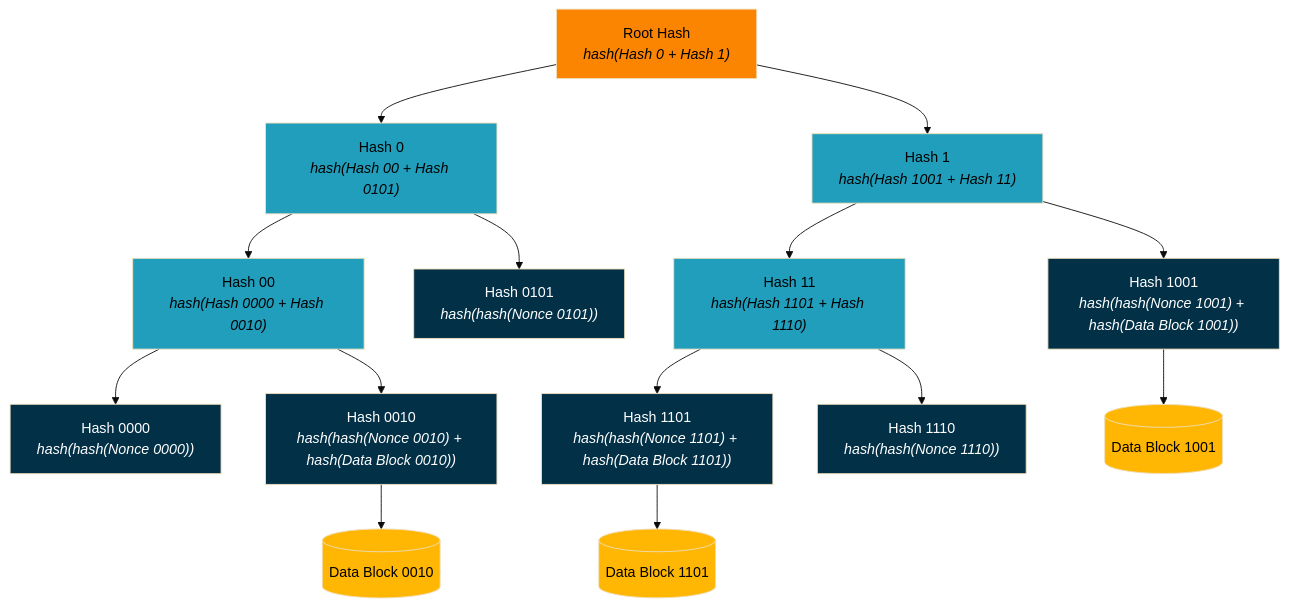
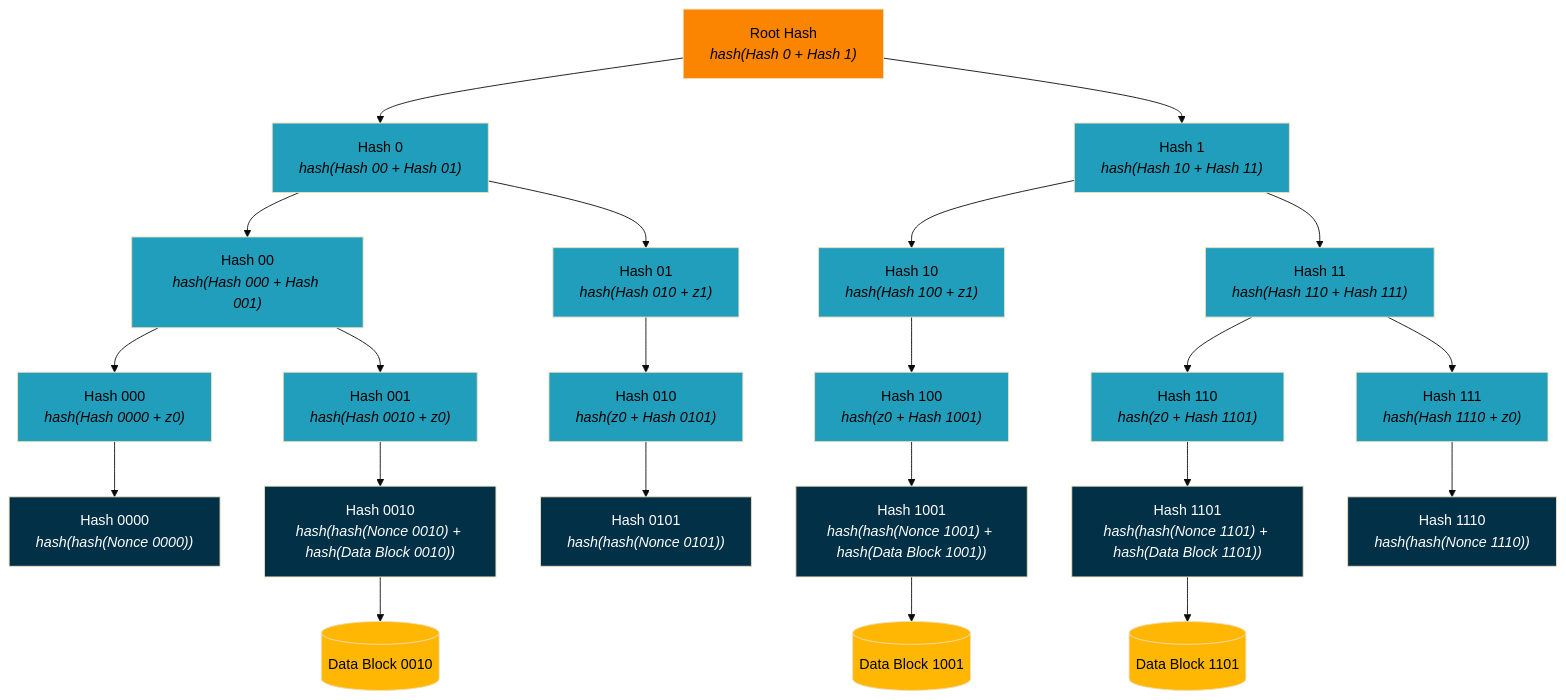
One commit to dcdpr/did-btcr2 changed the second of 2 diagrams in src/appendix/optimized-smt.md. Above: the diagram before and after it, drawn with Mermaid (base theme). The commit also changed other lines of this file and 3 other files, not shown here.

````diff
--- a/src/appendix/optimized-smt.md
+++ b/src/appendix/optimized-smt.md
@@ -134,39 +135,58 @@
 ```mermaid
 flowchart TD
     classDef rootHash color:#000000,fill:#fb8500
     classDef nodeHash color:#000000,fill:#219ebc
     classDef leafHash color:#ffffff,fill:#023047
     classDef dataBlock color:#000000,fill:#ffb703
 
     RootHash["`Root Hash
     *hash(Hash 0 + Hash 1)*`"]:::rootHash
 
     RootHash --> Hash0["`Hash 0
-    *hash(Hash 00 + Hash 0101)*`"]:::nodeHash
+    *hash(Hash 00 + Hash 01)*`"]:::nodeHash
     RootHash --> Hash1["`Hash 1
-    *hash(Hash 1001 + Hash 11)*`"]:::nodeHash
+    *hash(Hash 10 + Hash 11)*`"]:::nodeHash
 
     Hash0 --> Hash00["`Hash 00
-    *hash(Hash 0000 + Hash 0010)*`"]:::nodeHash
-    Hash0 --> Hash0101["`Hash 0101
+    *hash(Hash 000 + Hash 001)*`"]:::nodeHash
+    Hash0 --> Hash01["`Hash 01
+    *hash(Hash 010 + z1)*`"]:::nodeHash
+
+    Hash1 --> Hash10["`Hash 10
+    *hash(Hash 100 + z1)*`"]:::nodeHash
+    Hash1 --> Hash11["`Hash 11
+    *hash(Hash 110 + Hash 111)*`"]:::nodeHash
+
+    Hash00 --> Hash000["`Hash 000
+    *hash(Hash 0000 + z0)*`"]:::nodeHash
+    Hash00 --> Hash001["`Hash 001
+    *hash(Hash 0010 + z0)*`"]:::nodeHash
+
+    Hash01 --> Hash010["`Hash 010
+    *hash(z0 + Hash 0101)*`"]:::nodeHash
+
+    Hash10 --> Hash100["`Hash 100
+    *hash(z0 + Hash 1001)*`"]:::nodeHash
+
+    Hash11 --> Hash110["`Hash 110
+    *hash(z0 + Hash 1101)*`"]:::nodeHash
+    Hash11 --> Hash111["`Hash 111
+    *hash(Hash 1110 + z0)*`"]:::nodeHash
+
+    Hash000 --> Hash0000["`Hash 0000
+    *hash(hash(Nonce 0000))*`"]:::leafHash
+    Hash001 --> Hash0010["`Hash 0010
+    *hash(hash(Nonce 0010) + hash(Data Block 0010))*`"]:::leafHash
+    Hash010 --> Hash0101["`Hash 0101
     *hash(hash(Nonce 0101))*`"]:::leafHash
-
-    Hash1 --> Hash1001["`Hash 1001
+    Hash100 --> Hash1001["`Hash 1001
     *hash(hash(Nonce 1001) + hash(Data Block 1001))*`"]:::leafHash
-    Hash1 --> Hash11["`Hash 11
-    *hash(Hash 1101 + Hash 1110)*`"]:::nodeHash
-
-    Hash00 --> Hash0000["`Hash 0000
-    *hash(hash(Nonce 0000))*`"]:::leafHash
-    Hash00 --> Hash0010["`Hash 0010
-    *hash(hash(Nonce 0010) + hash(Data Block 0010))*`"]:::leafHash
-
-    Hash11 --> Hash1101["`Hash 1101
+    Hash110 --> Hash1101["`Hash 1101
     *hash(hash(Nonce 1101) + hash(Data Block 1101))*`"]:::leafHash
-    Hash11 --> Hash1110["`Hash 1110
+    Hash111 --> Hash1110["`Hash 1110
     *hash(hash(Nonce 1110))*`"]:::leafHash
 
     Hash0010 --> DataBlock0010[("Data Block 0010")]:::dataBlock
     Hash1001 --> DataBlock1001[("Data Block 1001")]:::dataBlock
     Hash1101 --> DataBlock1101[("Data Block 1101")]:::dataBlock
 ```
````
